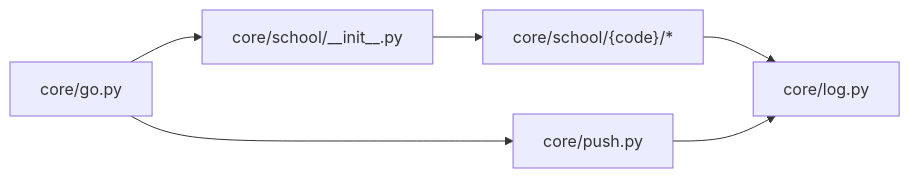
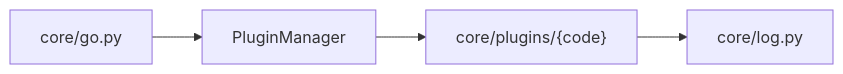
The third of 3 diagrams in .wiki/zh/content/API 参考文档/院校模块 API/扩展开发指南.md (pjnt9372/Capture_Push), drawn with Mermaid before and after one commit. The commit also changed other lines of this file and 37 other files, not shown here.

````diff
--- a/.wiki/zh/content/API 参考文档/院校模块 API/扩展开发指南.md
+++ b/.wiki/zh/content/API 参考文档/院校模块 API/扩展开发指南.md
@@ -247,8 +125,6 @@
 ```mermaid
 graph LR
-GO["core/go.py"] --> SCH["core/school/__init__.py"]
-GO --> PUSH["core/push.py"]
-SCH --> MOD["core/school/{code}/*"]
+GO["core/go.py"] --> PM["PluginManager"]
+PM --> MOD["core/plugins/{code}"]
 MOD --> LOG["core/log.py"]
-PUSH --> LOG
 ```
````
